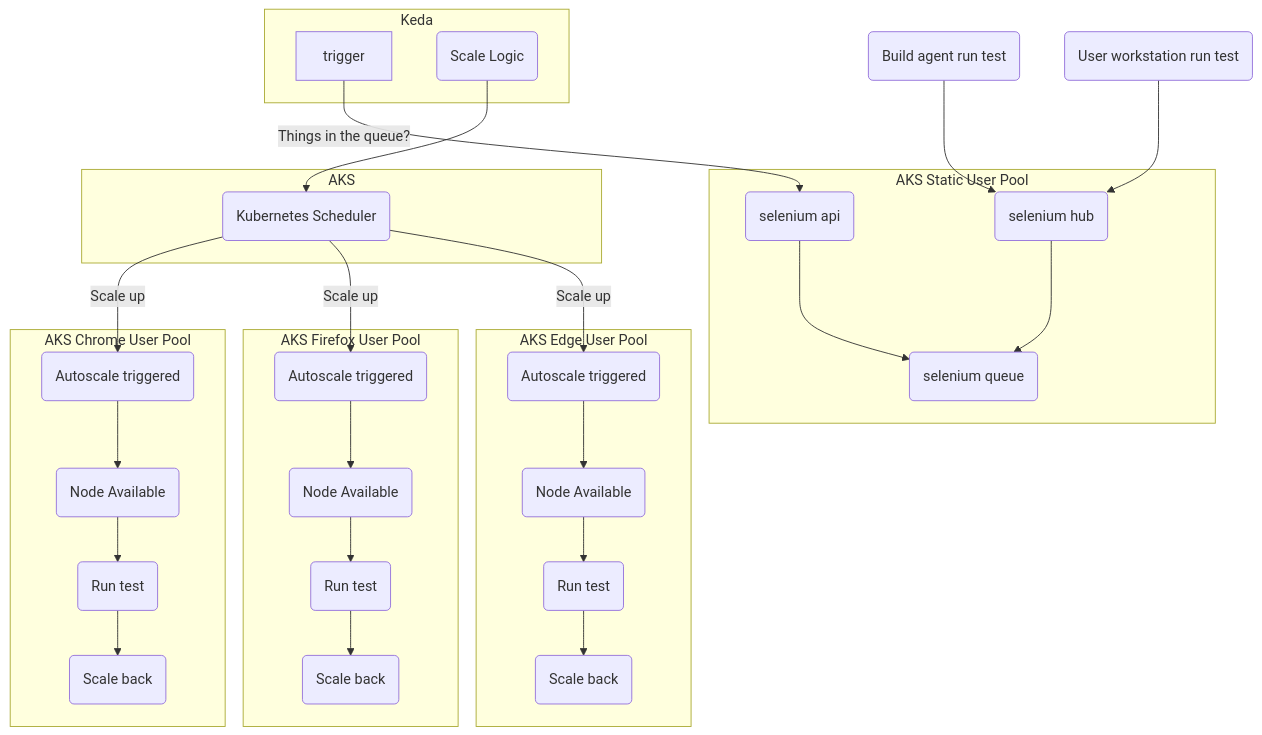
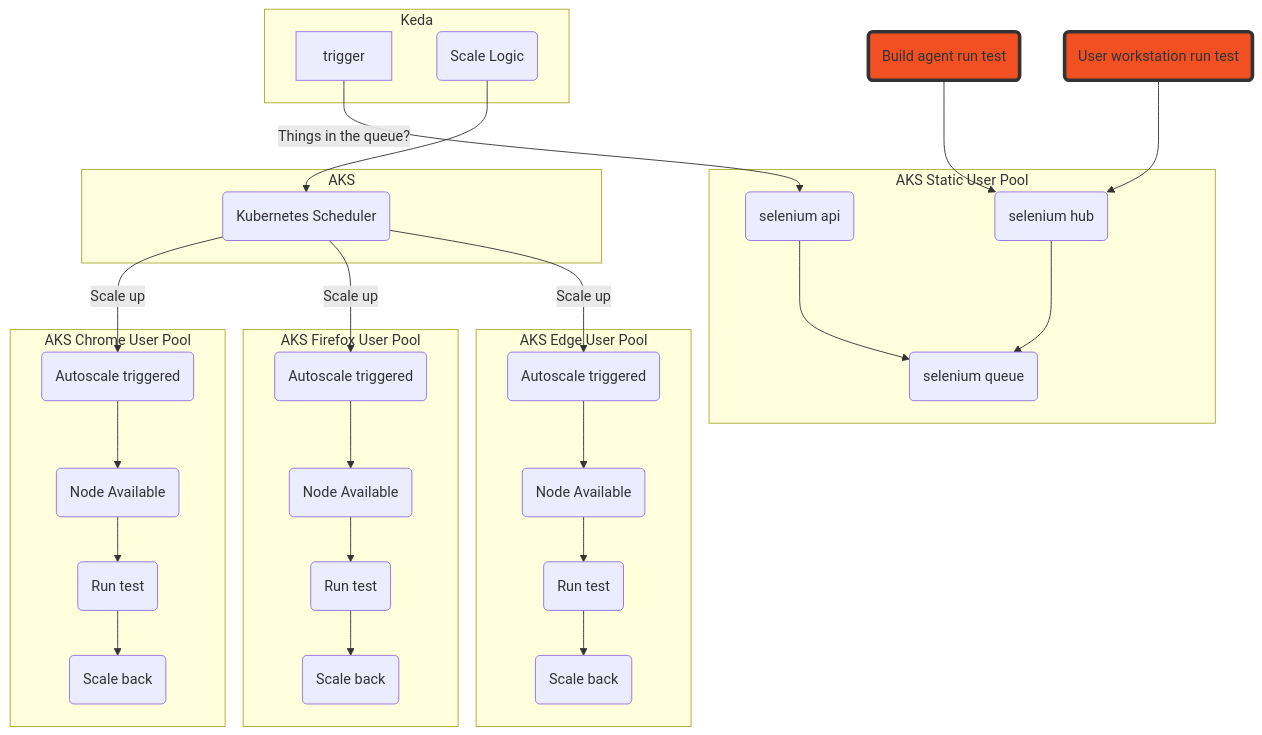
Before and after one commit to Azure-Samples/selenium-grid-aks-keda: the diagram in README.md, drawn with Mermaid.

Commit message:
mermaid- added styling to initial nodes

````diff
--- a/README.md
+++ b/README.md
@@ -16,36 +16,38 @@
 ```mermaid
 graph TB
     tst(Build agent run test)--> hub
+    style tst fill:#F25022,stroke:#333,stroke-width:4px
     usr(User workstation run test)--> hub
+    style usr fill:#F25022,stroke:#333,stroke-width:4px
     subgraph AKS Static User Pool
     hub(selenium hub)-->queue
     queue(selenium queue)
     api(selenium api)-->queue
     end
     subgraph Keda
     trigger-->|Things in the queue? |api
     scale(Scale Logic)
     end
     subgraph AKS
     scale-->sch
     sch(Kubernetes Scheduler)
     end
     subgraph AKS Chrome User Pool 
     sch-->|Scale up|cse
     cse(Autoscale triggered)-->cna
     cna(Node Available)-->crt(Run test)
     crt-->csd(Scale back)
     end
     subgraph AKS Firefox User Pool 
     sch-->|Scale up|fse
     fse(Autoscale triggered)-->fna
     fna(Node Available)-->frt(Run test)
     frt-->fsd(Scale back)
     end
     subgraph AKS Edge User Pool 
     sch-->|Scale up|ese
     ese(Autoscale triggered)-->ena
     ena(Node Available)-->ert(Run test)
     ert-->esd(Scale back)
     end
 ```
````
